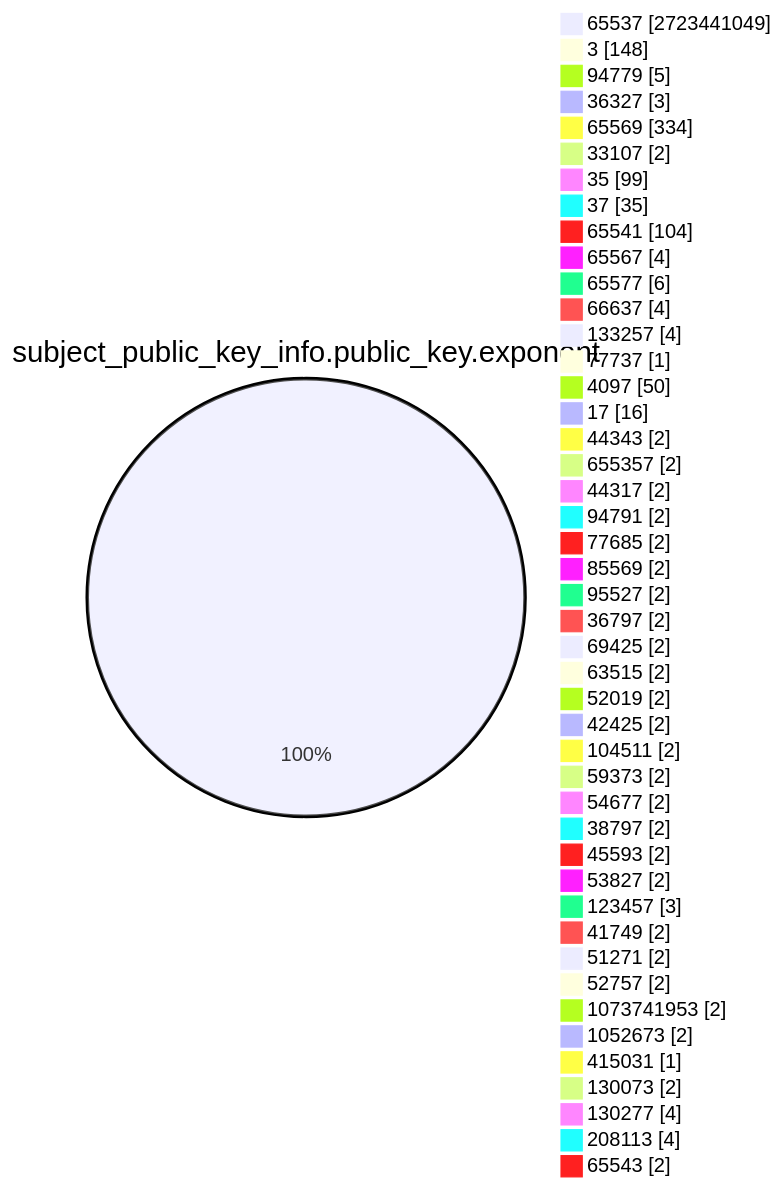
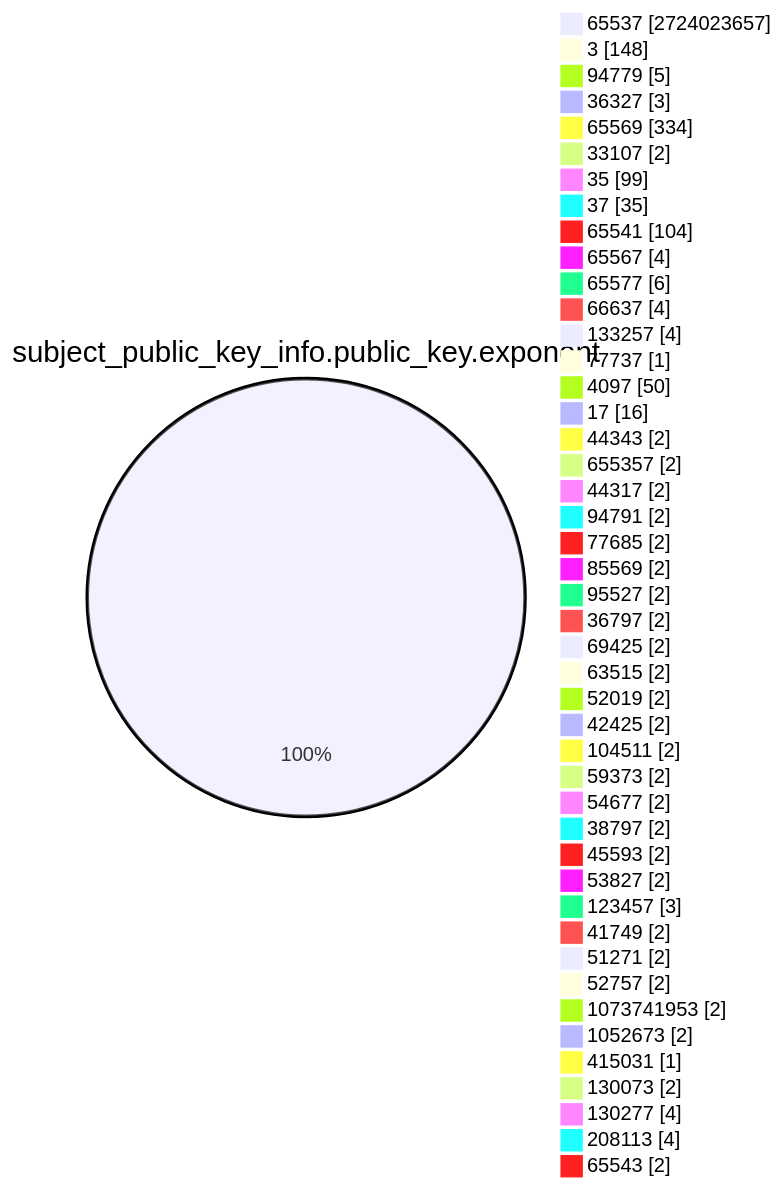
The fourth of 15 diagrams in TOTAL/README.md (christiankrug/ctmonitor_visualization), drawn with Mermaid before and after one commit. The commit also changed other lines of this file, not shown here.

````diff
--- a/TOTAL/README.md
+++ b/TOTAL/README.md
@@ -1467,49 +1467,49 @@
 ```mermaid
 pie showData
 title subject_public_key_info.public_key.exponent
-"65537" :2723441049
+"65537" :2724023657
 "3" :148
 "94779" :5
 "36327" :3
 "65569" :334
 "33107" :2
 "35" :99
 "37" :35
 "65541" :104
 "65567" :4
 "65577" :6
 "66637" :4
 "133257" :4
 "77737" :1
 "4097" :50
 "17" :16
 "44343" :2
 "655357" :2
 "44317" :2
 "94791" :2
 "77685" :2
 "85569" :2
 "95527" :2
 "36797" :2
 "69425" :2
 "63515" :2
 "52019" :2
 "42425" :2
 "104511" :2
 "59373" :2
 "54677" :2
 "38797" :2
 "45593" :2
 "53827" :2
 "123457" :3
 "41749" :2
 "51271" :2
 "52757" :2
 "1073741953" :2
 "1052673" :2
 "415031" :1
 "130073" :2
 "130277" :4
 "208113" :4
 "65543" :2
 ```
````
